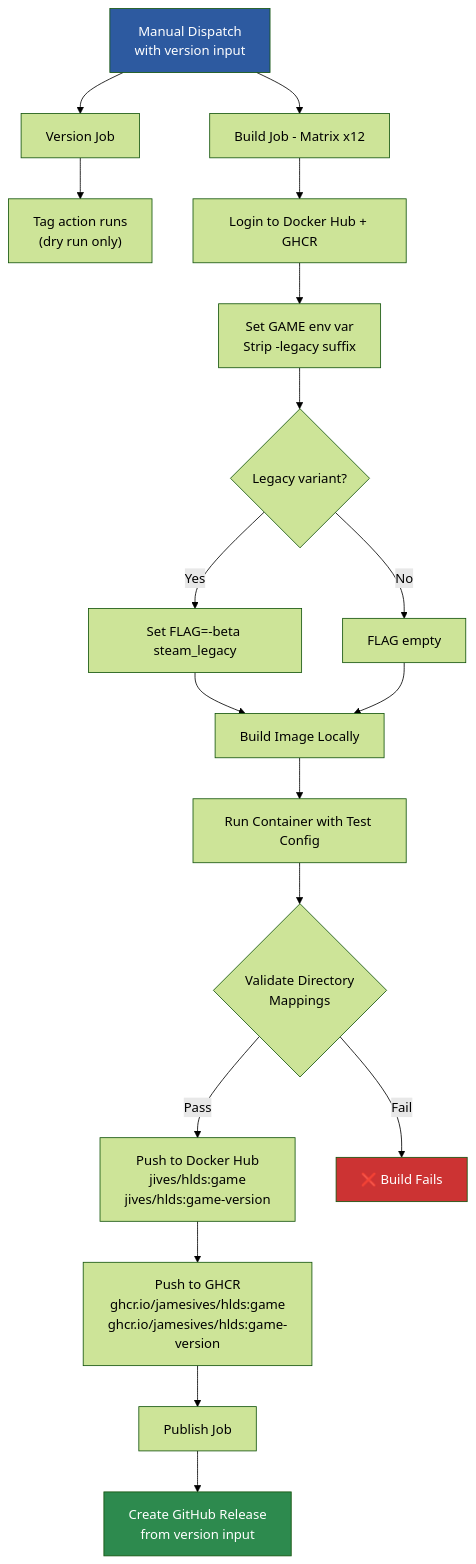
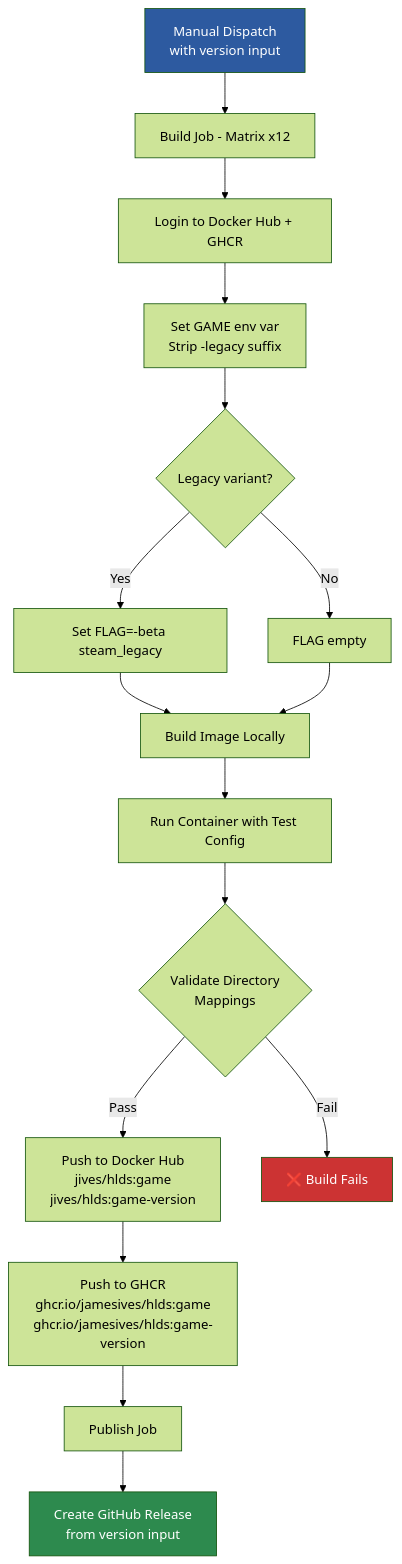
The seventh of 12 diagrams in ARCHITECTURE.md (JamesIves/hlds-docker), drawn with Mermaid (forest theme) before and after one commit. The commit also changed other lines of this file and 1 other file, not shown here.

````diff
--- a/ARCHITECTURE.md
+++ b/ARCHITECTURE.md
@@ -196,26 +196,24 @@
 ```mermaid
 flowchart TD
-    A[Manual Dispatch<br>with version input] --> B[Version Job]
-    A --> D[Build Job - Matrix x12]
-    B --> C["Tag action runs<br>(dry run only)"]
+    A[Manual Dispatch<br>with version input] --> D[Build Job - Matrix x12]
 
     D --> E[Login to Docker Hub + GHCR]
     E --> F[Set GAME env var<br>Strip -legacy suffix]
     F --> G{Legacy variant?}
     G -->|Yes| H["Set FLAG=-beta steam_legacy"]
     G -->|No| I[FLAG empty]
     H --> J
     I --> J[Build Image Locally]
     J --> K[Run Container with Test Config]
     K --> L{Validate Directory<br>Mappings}
     L -->|Pass| M[Push to Docker Hub<br>jives/hlds:game<br>jives/hlds:game-version]
     L -->|Fail| X[❌ Build Fails]
     M --> N[Push to GHCR<br>ghcr.io/jamesives/hlds:game<br>ghcr.io/jamesives/hlds:game-version]
 
     N --> O[Publish Job]
     O --> Q[Create GitHub Release<br>from version input]
 
     style A fill:#2d5aa0,color:#fff
     style Q fill:#2d8a4e,color:#fff
     style X fill:#cc3333,color:#fff
 ```
````
